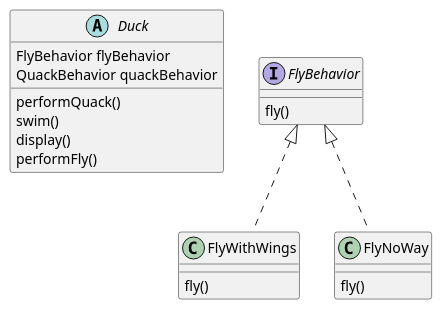
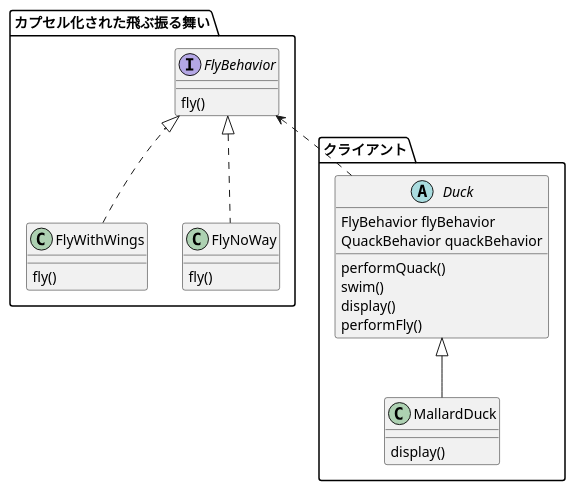
One commit to yasugahira0810/Head-First-Design-Patterns changed the diagram in ch01/Duck.pu. Above: the diagram before and after it, drawn with PlantUML.

Commit message:
Reflect P.22

```diff
--- a/ch01/Duck.pu
+++ b/ch01/Duck.pu
@@ -1,26 +1,39 @@
-@startuml
-abstract class Duck {
-  {field} FlyBehavior flyBehavior
-  {field} QuackBehavior quackBehavior
-  {method} performQuack()
-  {method} swim()
-  {method} display()
-  {method} performFly()
+@startuml Duck
+
+package クライアント {
+  abstract class Duck {
+    {field} FlyBehavior flyBehavior
+    {field} QuackBehavior quackBehavior
+    {method} performQuack()
+    {method} swim()
+    {method} display()
+    {method} performFly()
+  }
+
+  class MallardDuck {
+    {method} display()
+  }
+
+  Duck <|-- MallardDuck
 }
 
-interface FlyBehavior {
-  {method} fly()
+package カプセル化された飛ぶ振る舞い {
+  interface FlyBehavior {
+    {method} fly()
+  }
+
+  class FlyWithWings {
+    {method} fly()
+  }
+
+  class FlyNoWay {
+    {method} fly()
+  }
+
+  FlyBehavior <|.. FlyWithWings
+  FlyBehavior <|.. FlyNoWay
 }
 
-class FlyWithWings {
-  {method} fly()
-}
-
-class FlyNoWay {
-  {method} fly()
-}
-
-FlyBehavior <|.. FlyWithWings
-FlyBehavior <|.. FlyNoWay
+FlyBehavior <.. Duck
 
 @enduml
```
